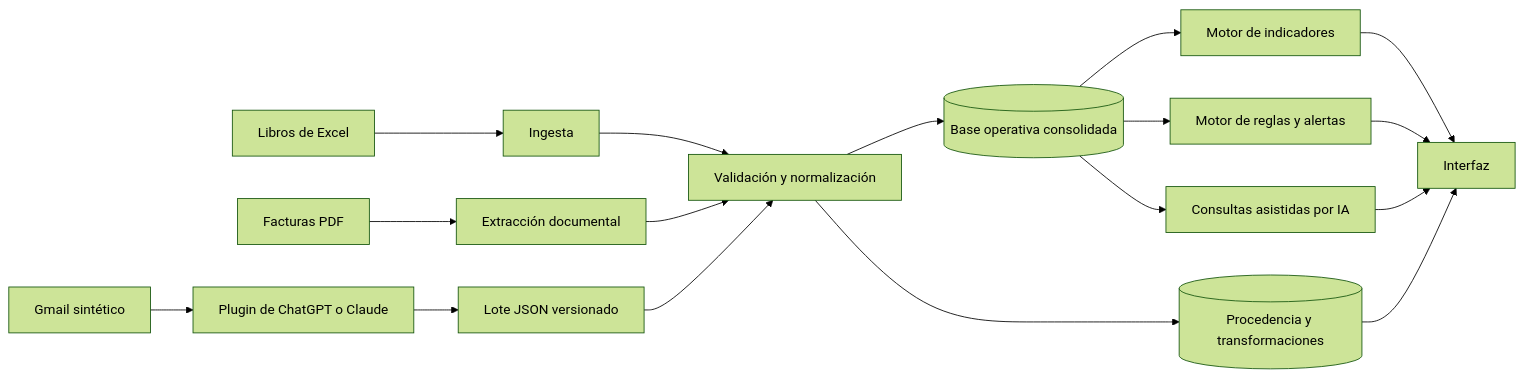
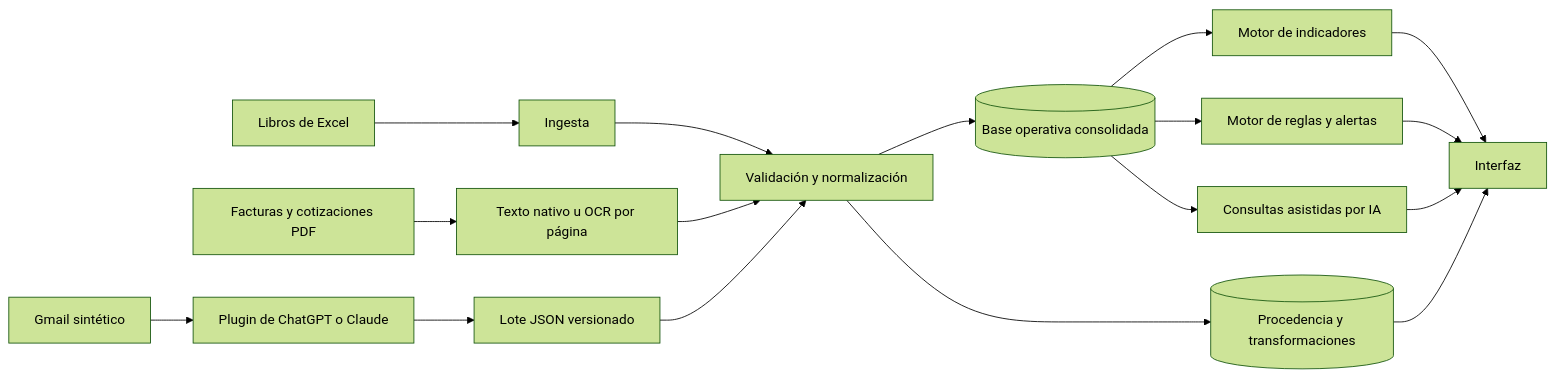
The diagram in README.md (MauricioDCH/faro-operaciones-direccion), drawn with Mermaid (forest theme) before and after one commit. The commit also changed other lines of this file and 36 other files, not shown here.

Commit message:
feat: implement local PDF OCR extraction

````diff
--- a/README.md
+++ b/README.md
@@ -256,23 +257,23 @@
 ```mermaid
 flowchart LR
     A[Libros de Excel] --> I[Ingesta]
-    B[Facturas PDF] --> X[Extracción documental]
+    B[Facturas y cotizaciones PDF] --> X[Texto nativo u OCR por página]
     C[Gmail sintético] --> G[Plugin de ChatGPT o Claude]
     G --> J[Lote JSON versionado]
 
     I --> V[Validación y normalización]
     X --> V
     J --> V
 
     V --> D[(Base operativa consolidada)]
     V --> P[(Procedencia y transformaciones)]
 
     D --> K[Motor de indicadores]
     D --> R[Motor de reglas y alertas]
     D --> Q[Consultas asistidas por IA]
 
     K --> U[Interfaz]
     R --> U
     Q --> U
     P --> U
 ```
````
